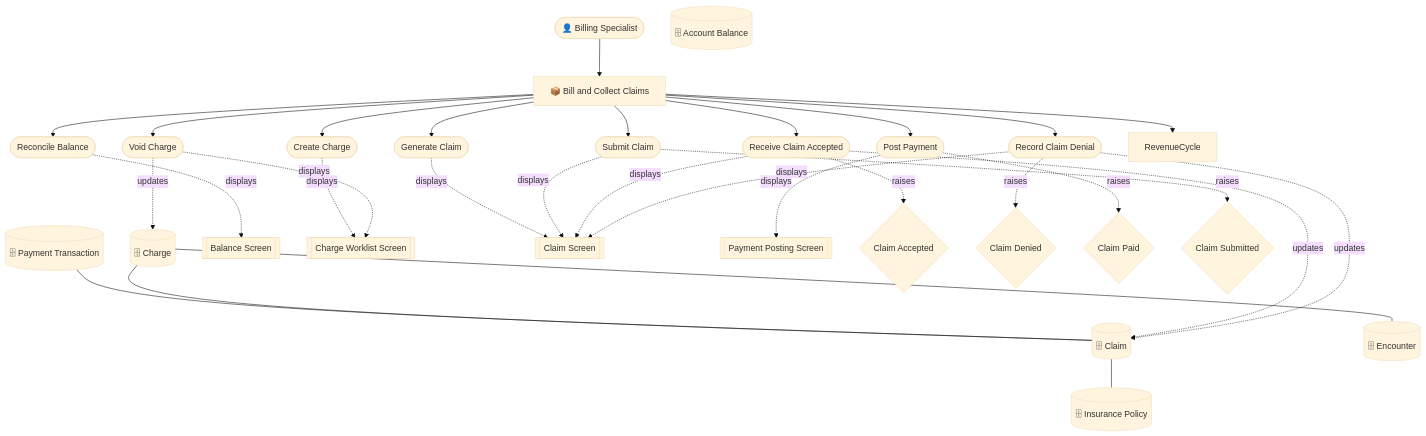
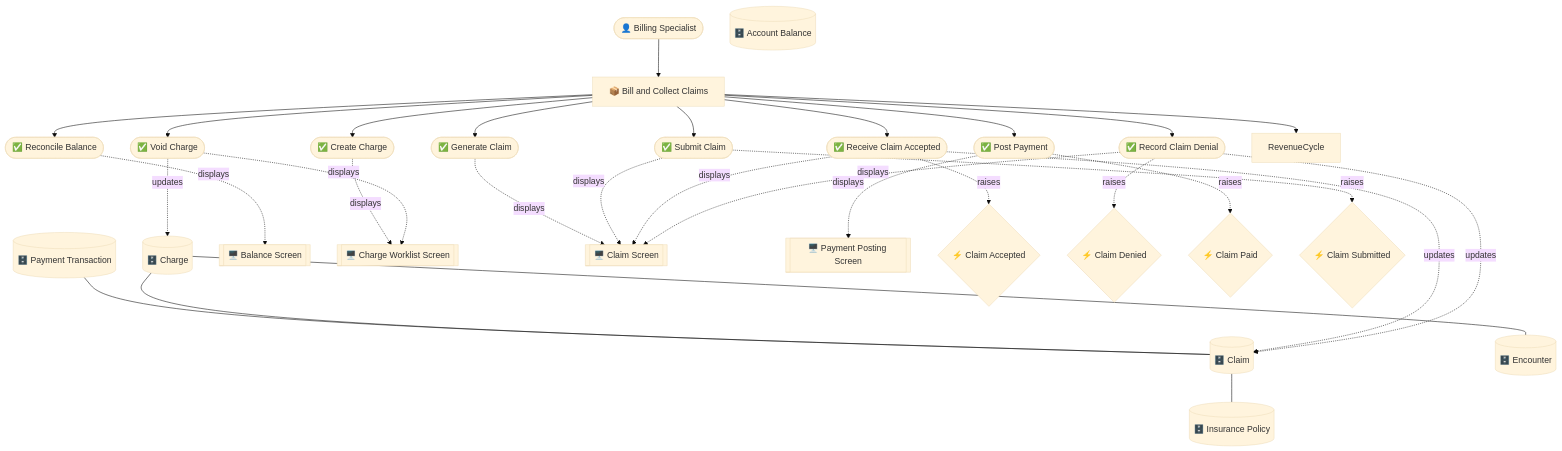
Before and after one commit to manji-0/rdra-ish-dsl: the diagram in samples/clinic-ops/out/buc/rdra_billing_claims.mmd, drawn with Mermaid (base theme). The commit also changed 114 other files, not shown here.

Commit message:
feat: update rdra diagram layering

```diff
--- a/samples/clinic-ops/out/buc/rdra_billing_claims.mmd
+++ b/samples/clinic-ops/out/buc/rdra_billing_claims.mmd
@@ -1,54 +1,54 @@
 graph TD
   BillingSpecialist(["👤 Billing Specialist"])
-  CreateCharge(["Create Charge"])
-  GenerateClaim(["Generate Claim"])
-  PostPayment(["Post Payment"])
-  ReceiveClaimAccepted(["Receive Claim Accepted"])
-  ReconcileBalance(["Reconcile Balance"])
-  RecordClaimDenial(["Record Claim Denial"])
-  SubmitClaim(["Submit Claim"])
-  VoidCharge(["Void Charge"])
+  CreateCharge(["✅ Create Charge"])
+  GenerateClaim(["✅ Generate Claim"])
+  PostPayment(["✅ Post Payment"])
+  ReceiveClaimAccepted(["✅ Receive Claim Accepted"])
+  ReconcileBalance(["✅ Reconcile Balance"])
+  RecordClaimDenial(["✅ Record Claim Denial"])
+  SubmitClaim(["✅ Submit Claim"])
+  VoidCharge(["✅ Void Charge"])
   BucBillingClaims["📦 Bill and Collect Claims"]
-  AccountBalance[("🗄 Account Balance")]
-  Charge[("🗄 Charge")]
-  Claim[("🗄 Claim")]
-  Encounter[("🗄 Encounter")]
-  InsurancePolicy[("🗄 Insurance Policy")]
-  PaymentTransaction[("🗄 Payment Transaction")]
-  BalanceScreen[["Balance Screen"]]
-  ChargeWorklistScreen[["Charge Worklist Screen"]]
-  ClaimScreen[["Claim Screen"]]
-  PaymentPostingScreen[["Payment Posting Screen"]]
-  EvClaimAccepted{"Claim Accepted"}
-  EvClaimDenied{"Claim Denied"}
-  EvClaimPaid{"Claim Paid"}
-  EvClaimSubmitted{"Claim Submitted"}
+  AccountBalance[("🗄️ Account Balance")]
+  Charge[("🗄️ Charge")]
+  Claim[("🗄️ Claim")]
+  Encounter[("🗄️ Encounter")]
+  InsurancePolicy[("🗄️ Insurance Policy")]
+  PaymentTransaction[("🗄️ Payment Transaction")]
+  BalanceScreen[["🖥️ Balance Screen"]]
+  ChargeWorklistScreen[["🖥️ Charge Worklist Screen"]]
+  ClaimScreen[["🖥️ Claim Screen"]]
+  PaymentPostingScreen[["🖥️ Payment Posting Screen"]]
+  EvClaimAccepted{"⚡ Claim Accepted"}
+  EvClaimDenied{"⚡ Claim Denied"}
+  EvClaimPaid{"⚡ Claim Paid"}
+  EvClaimSubmitted{"⚡ Claim Submitted"}
   BillingSpecialist --> BucBillingClaims
   BucBillingClaims --> RevenueCycle
   BucBillingClaims --> CreateCharge
   BucBillingClaims --> GenerateClaim
   BucBillingClaims --> SubmitClaim
   BucBillingClaims --> ReceiveClaimAccepted
   BucBillingClaims --> RecordClaimDenial
   BucBillingClaims --> PostPayment
   BucBillingClaims --> ReconcileBalance
   BucBillingClaims --> VoidCharge
   Charge --- Encounter
   Charge --- Claim
   Claim --- InsurancePolicy
   PaymentTransaction --- Claim
   CreateCharge -.->|displays| ChargeWorklistScreen
   GenerateClaim -.->|displays| ClaimScreen
   SubmitClaim -.->|raises| EvClaimSubmitted
   SubmitClaim -.->|displays| ClaimScreen
   ReceiveClaimAccepted -.->|updates| Claim
   ReceiveClaimAccepted -.->|raises| EvClaimAccepted
   ReceiveClaimAccepted -.->|displays| ClaimScreen
   RecordClaimDenial -.->|updates| Claim
   RecordClaimDenial -.->|raises| EvClaimDenied
   RecordClaimDenial -.->|displays| ClaimScreen
   PostPayment -.->|raises| EvClaimPaid
   PostPayment -.->|displays| PaymentPostingScreen
   ReconcileBalance -.->|displays| BalanceScreen
   VoidCharge -.->|updates| Charge
   VoidCharge -.->|displays| ChargeWorklistScreen
```
